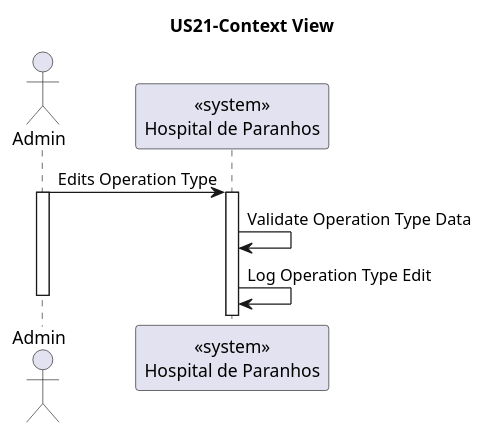
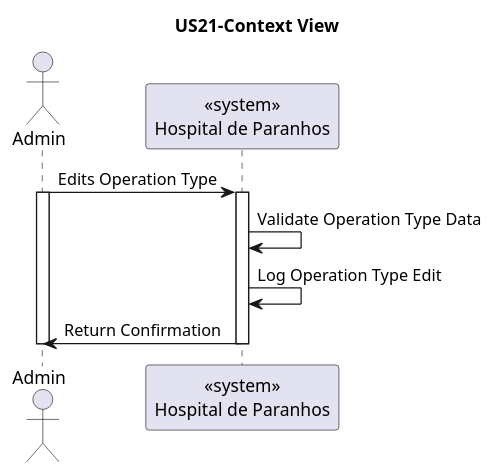
The diagram in docs/user_stories/sprint-b/6.2.19/views/6-2-19-level1.puml (andredsferreira/p5sem-3dj-g59), drawn with PlantUML before and after one commit. The commit also changed 12 other files, not shown here.

Commit message:
#46 #47 #48 #49 export diagramas

```diff
--- a/docs/user_stories/sprint-b/6.2.19/views/6-2-19-level1.puml
+++ b/docs/user_stories/sprint-b/6.2.19/views/6-2-19-level1.puml
@@ -1,18 +1,21 @@
 @startuml
 
 
 title US21-Context View
 
 actor Admin as A
 participant "<<system>>\nHospital de Paranhos" as S
 
 A -> S : Edits Operation Type
 activate A
 activate S
 
 S -> S : Validate Operation Type Data
 S -> S : Log Operation Type Edit
+S -> A : Return Confirmation
+deactivate S
 deactivate A
 
 
+
 @enduml
```
